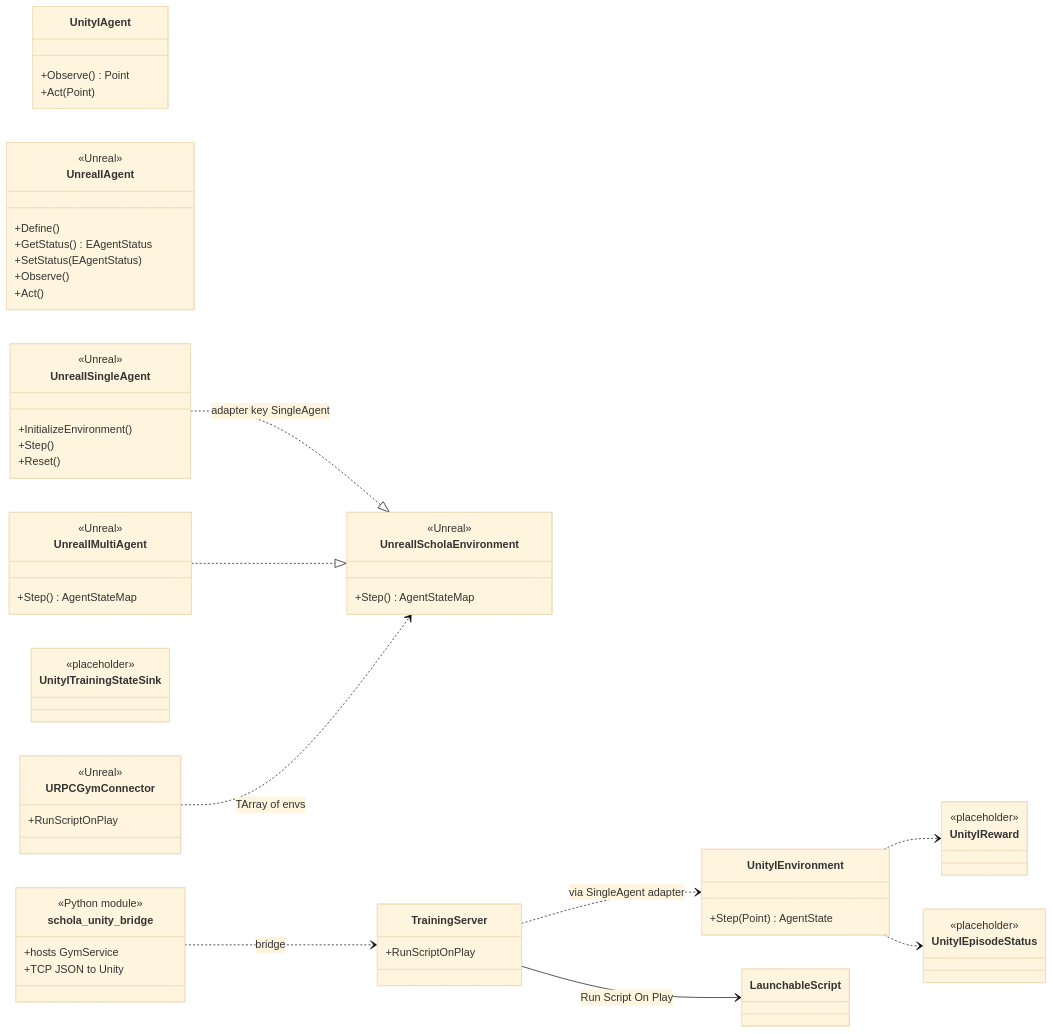
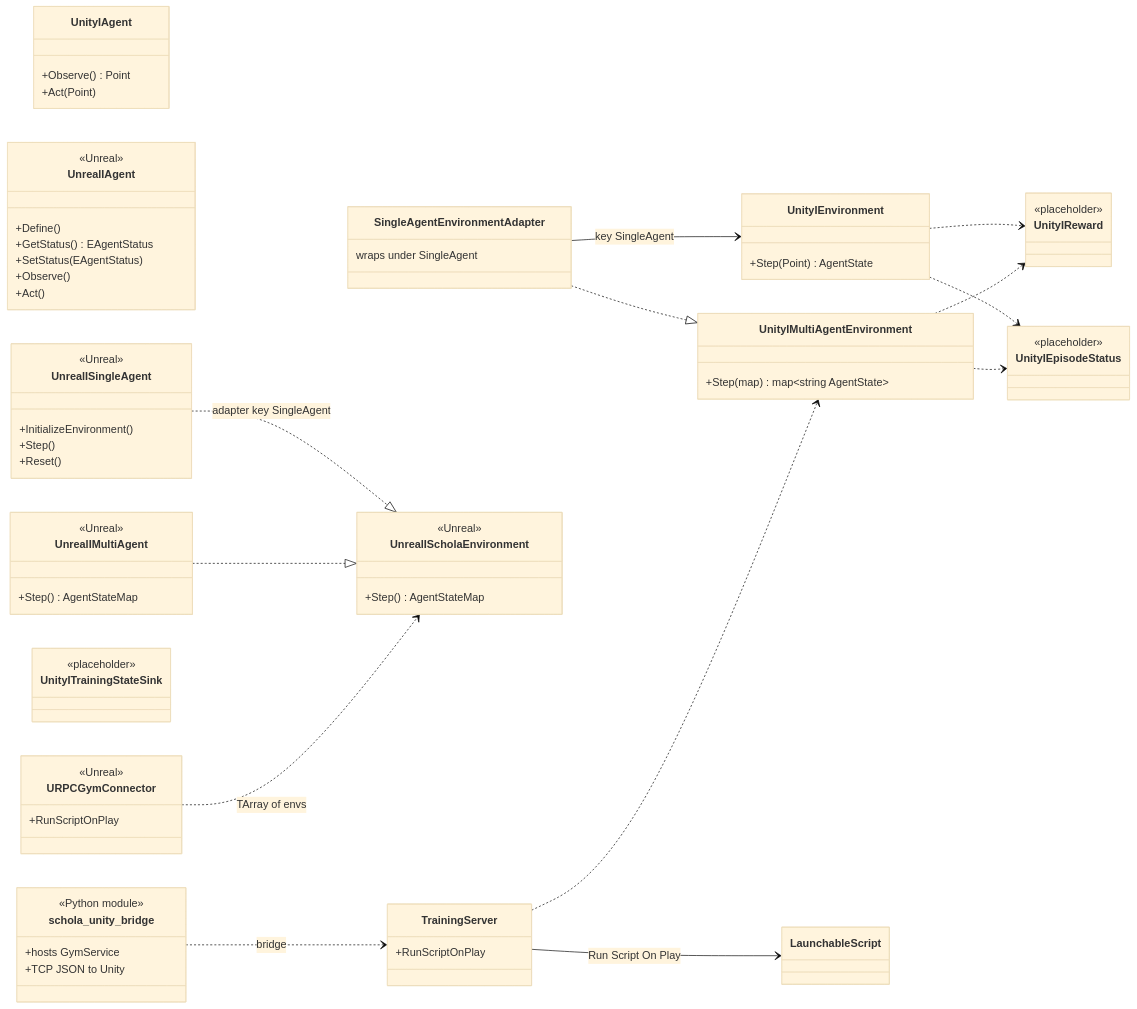
One commit to csc301-2026-f/11-AMD-Schola changed diagram 17 of 17 in Unity/com.amd.schola/Documentation~/architecture/us1-us4-uml.md. Above: the diagram before and after it, drawn with Mermaid (base theme). The commit also changed other lines of this file, not shown here.

Commit message:
chore(us1-us4-uml.md): update UML diagram to reflect Multi Agent Environment functionality

````diff
--- a/Unity/com.amd.schola/Documentation~/architecture/us1-us4-uml.md
+++ b/Unity/com.amd.schola/Documentation~/architecture/us1-us4-uml.md
@@ -786,67 +910,77 @@
 ```mermaid
 classDiagram
   direction LR
 
   class UnityIAgent {
     +Observe() Point
     +Act(Point)
   }
   class UnrealIAgent {
     <<Unreal>>
     +Define()
     +GetStatus() EAgentStatus
     +SetStatus(EAgentStatus)
     +Observe()
     +Act()
   }
 
   class UnityIEnvironment {
     +Step(Point) AgentState
+  }
+  class UnityIMultiAgentEnvironment {
+    +Step(map) map~string AgentState~
+  }
+  class SingleAgentEnvironmentAdapter {
+    wraps under SingleAgent
   }
   class UnrealISingleAgent {
     <<Unreal>>
     +InitializeEnvironment()
     +Step()
     +Reset()
   }
   class UnrealIScholaEnvironment {
     <<Unreal>>
     +Step() AgentStateMap
   }
   class UnrealIMultiAgent {
     <<Unreal>>
     +Step() AgentStateMap
   }
 
   class UnityIReward {
     <<placeholder>>
   }
   class UnityIEpisodeStatus {
     <<placeholder>>
   }
   class UnityITrainingStateSink {
     <<placeholder>>
   }
   class URPCGymConnector {
     <<Unreal>>
     +RunScriptOnPlay
   }
   class TrainingServer {
     +RunScriptOnPlay
   }
   class LaunchableScript
   class schola_unity_bridge {
     <<Python module>>
     +hosts GymService
     +TCP JSON to Unity
   }
 
   UnrealISingleAgent ..|> UnrealIScholaEnvironment : adapter key SingleAgent
   UnrealIMultiAgent ..|> UnrealIScholaEnvironment
   URPCGymConnector ..> UnrealIScholaEnvironment : TArray of envs
-  TrainingServer ..> UnityIEnvironment : via SingleAgent adapter
+  SingleAgentEnvironmentAdapter ..|> UnityIMultiAgentEnvironment
+  SingleAgentEnvironmentAdapter --> UnityIEnvironment : key SingleAgent
+  TrainingServer ..> UnityIMultiAgentEnvironment
   TrainingServer --> LaunchableScript : Run Script On Play
   schola_unity_bridge ..> TrainingServer : bridge
   UnityIEnvironment ..> UnityIReward
   UnityIEnvironment ..> UnityIEpisodeStatus
+  UnityIMultiAgentEnvironment ..> UnityIReward
+  UnityIMultiAgentEnvironment ..> UnityIEpisodeStatus
 ```
````
